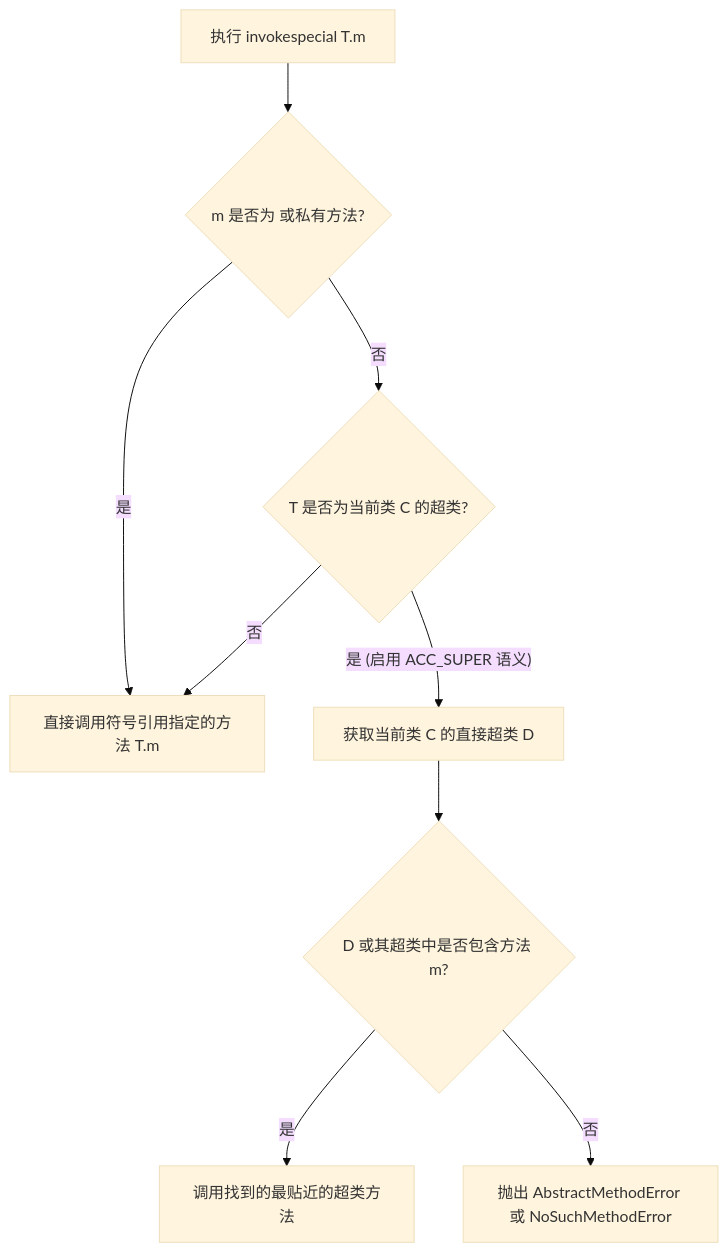
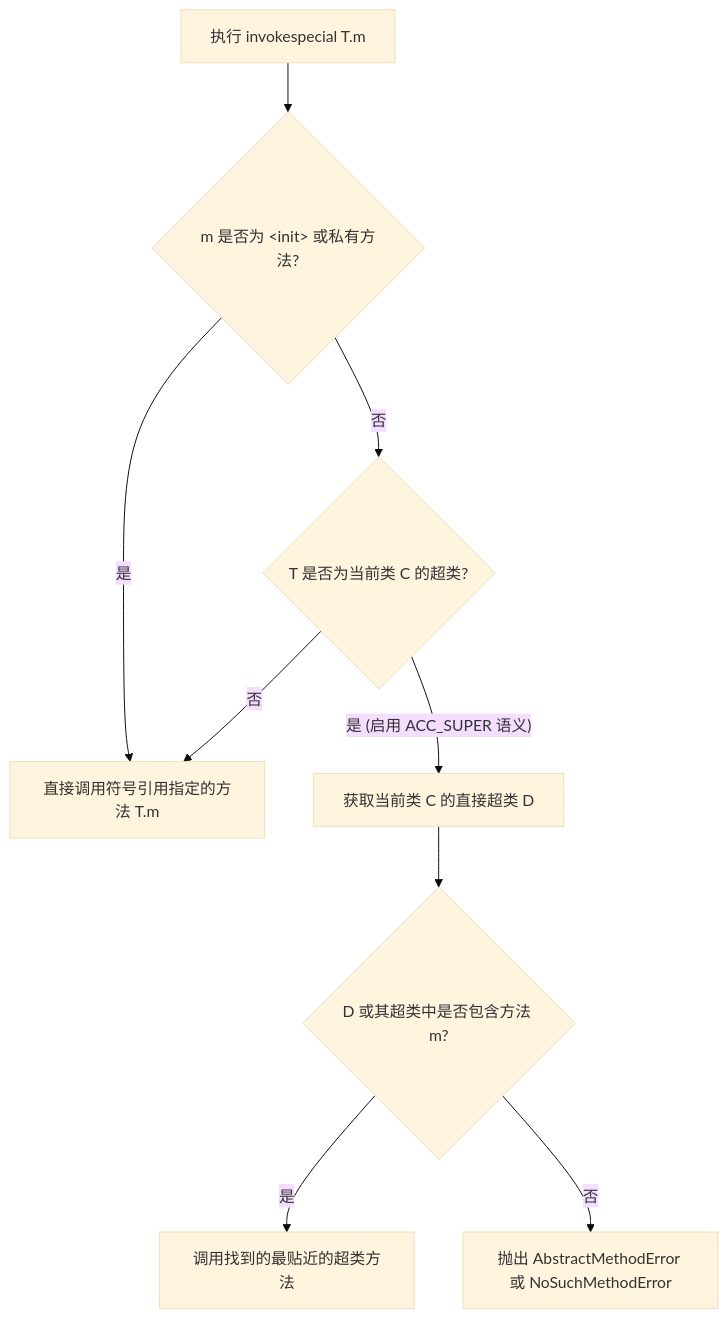
Before and after one commit to iFlicker/AndroidKnowledge: the fourth of 4 diagrams in docs/2.JVM/2.1.Java虚拟机/2.1.5.类文件结构/2.1.5.3.访问标志.md, drawn with Mermaid (base theme). The commit also changed other lines of this file and 113 other files, not shown here.

````diff
--- a/docs/2.JVM/2.1.Java虚拟机/2.1.5.类文件结构/2.1.5.3.访问标志.md
+++ b/docs/2.JVM/2.1.Java虚拟机/2.1.5.类文件结构/2.1.5.3.访问标志.md
@@ -368,13 +368,13 @@
 ```mermaid
 graph TD
-    Start[执行 invokespecial T.m] --> CheckPrivate{"m 是否为 <init> 或私有方法?"}
-    CheckPrivate -- 是 --> StaticCall[直接调用符号引用指定的方法 T.m]
+    Start["执行 invokespecial T.m"] --> CheckPrivate{"m 是否为 &lt;init&gt; 或私有方法?"}
+    CheckPrivate -- 是 --> StaticCall["直接调用符号引用指定的方法 T.m"]
     CheckPrivate -- 否 --> CheckSuper{"T 是否为当前类 C 的超类?"}
     CheckSuper -- 否 --> StaticCall
     
-    CheckSuper -- 是 (启用 ACC_SUPER 语义) --> GetDirectSuper[获取当前类 C 的直接超类 D]
+    CheckSuper -- 是 (启用 ACC_SUPER 语义) --> GetDirectSuper["获取当前类 C 的直接超类 D"]
     GetDirectSuper --> SearchMethod{"D 或其超类中是否包含方法 m?"}
     
     SearchMethod -- 是 --> InvokeTarget[调用找到的最贴近的超类方法]
-    SearchMethod -- 否 --> ThrowErr[抛出 AbstractMethodError 或 NoSuchMethodError]
+    SearchMethod -- 否 --> ThrowErr["抛出 AbstractMethodError 或 NoSuchMethodError"]
 ```
````
